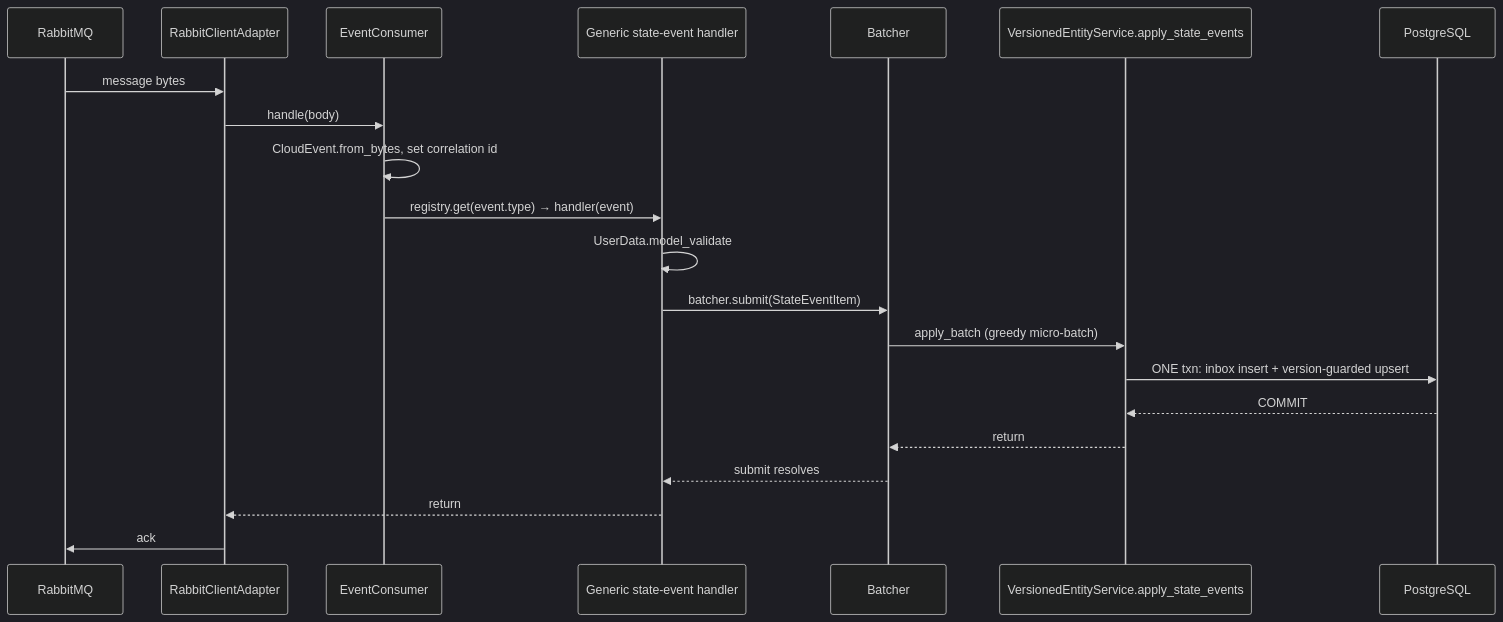
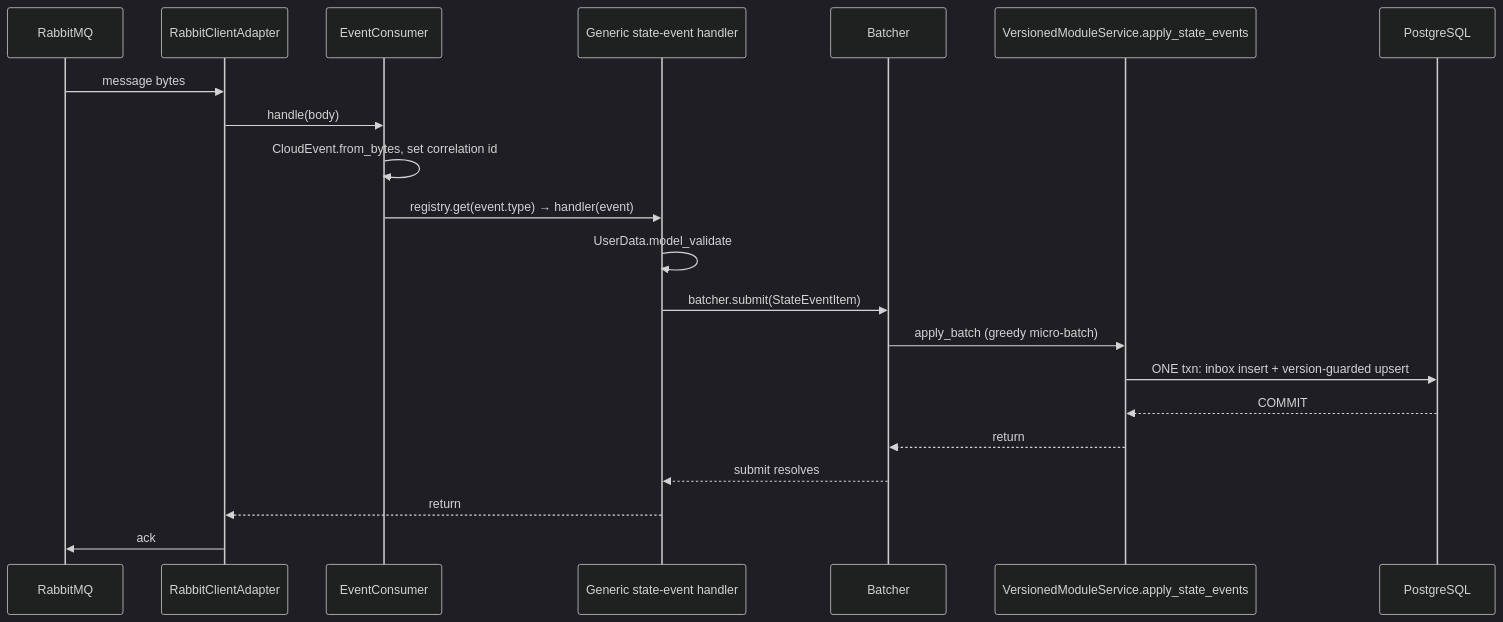
Before and after one commit to kafuexe/RabbitSpeedTest: the second of 2 diagrams in shared_data_service/onboarding/03-architecture-tour.md, drawn with Mermaid (dark theme). The commit also changed other lines of this file and 36 other files, not shown here.

First line of the commit message:
refactor(sds): rename 'entity' → 'module' across the codebase

````diff
--- a/shared_data_service/onboarding/03-architecture-tour.md
+++ b/shared_data_service/onboarding/03-architecture-tour.md
@@ -116,23 +116,23 @@
 ```mermaid
 sequenceDiagram
     participant RB as RabbitMQ
     participant SC as RabbitClientAdapter
     participant EC as EventConsumer
     participant H as Generic state-event handler
     participant BA as Batcher
-    participant SV as VersionedEntityService.apply_state_events
+    participant SV as VersionedModuleService.apply_state_events
     participant PG as PostgreSQL
     RB->>SC: message bytes
     SC->>EC: handle(body)
     EC->>EC: CloudEvent.from_bytes, set correlation id
     EC->>H: registry.get(event.type) → handler(event)
     H->>H: UserData.model_validate
     H->>BA: batcher.submit(StateEventItem)
     BA->>SV: apply_batch (greedy micro-batch)
     SV->>PG: ONE txn: inbox insert + version-guarded upsert
     PG-->>SV: COMMIT
     SV-->>BA: return
     BA-->>H: submit resolves
     H-->>SC: return
     SC->>RB: ack
 ```
````
